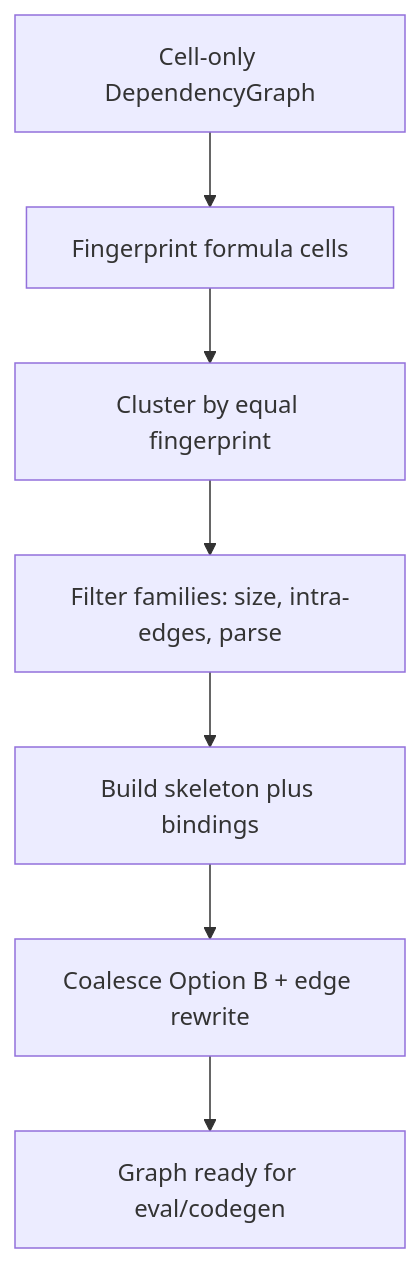
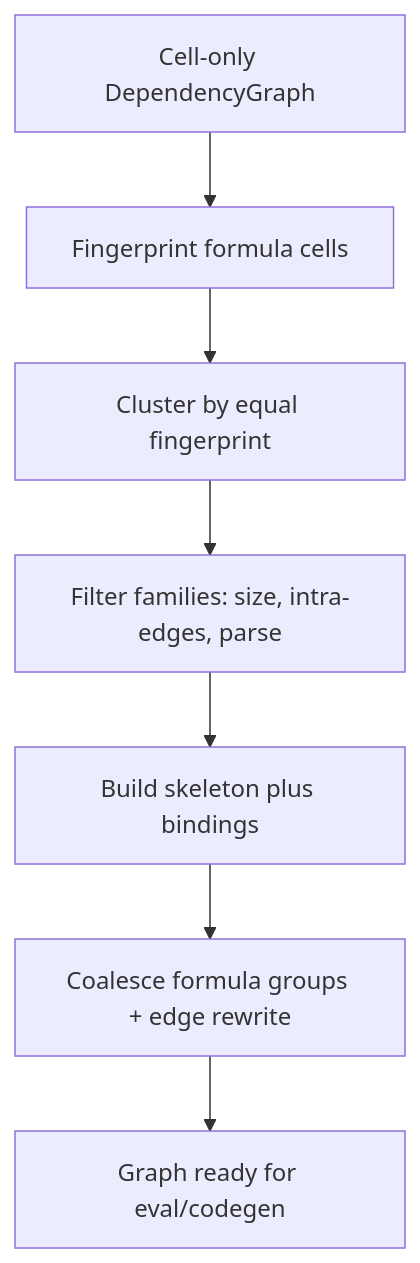
One commit to Teal-Insights/excel-grapher changed the second of 2 diagrams in plans/formula-group-nodes.md. Above: the diagram before and after it, drawn with Mermaid. The commit also changed other lines of this file and 10 other files, not shown here.

````diff
--- a/plans/formula-group-nodes.md
+++ b/plans/formula-group-nodes.md
@@ -421,11 +421,11 @@
 ```mermaid
 flowchart TD
   cellGraph[Cell-only DependencyGraph]
   fp[Fingerprint formula cells]
   cluster[Cluster by equal fingerprint]
   filter[Filter families: size, intra-edges, parse]
   skeleton[Build skeleton plus bindings]
-  coalesce[Coalesce Option B + edge rewrite]
+  coalesce[Coalesce formula groups + edge rewrite]
   ready[Graph ready for eval/codegen]
   cellGraph --> fp --> cluster --> filter --> skeleton --> coalesce --> ready
 ```
````
